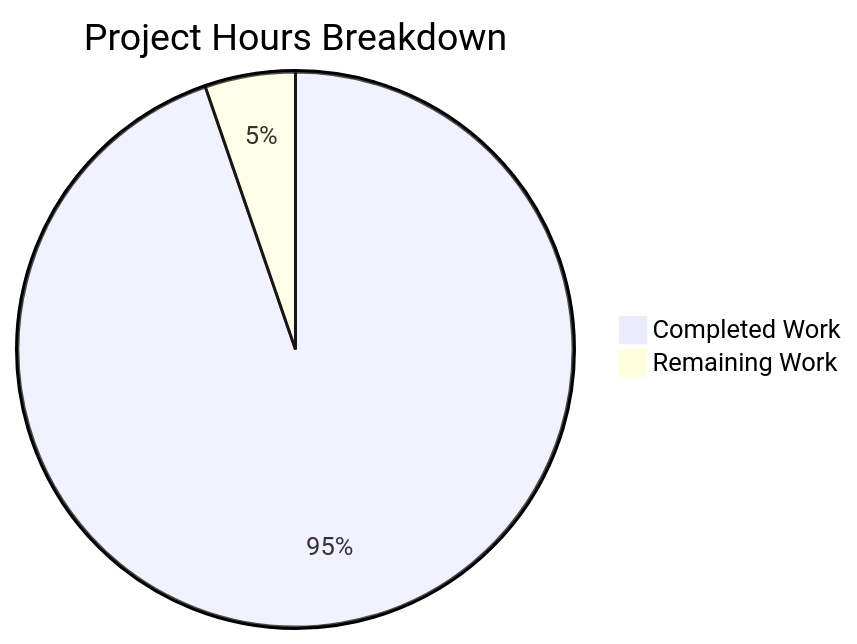
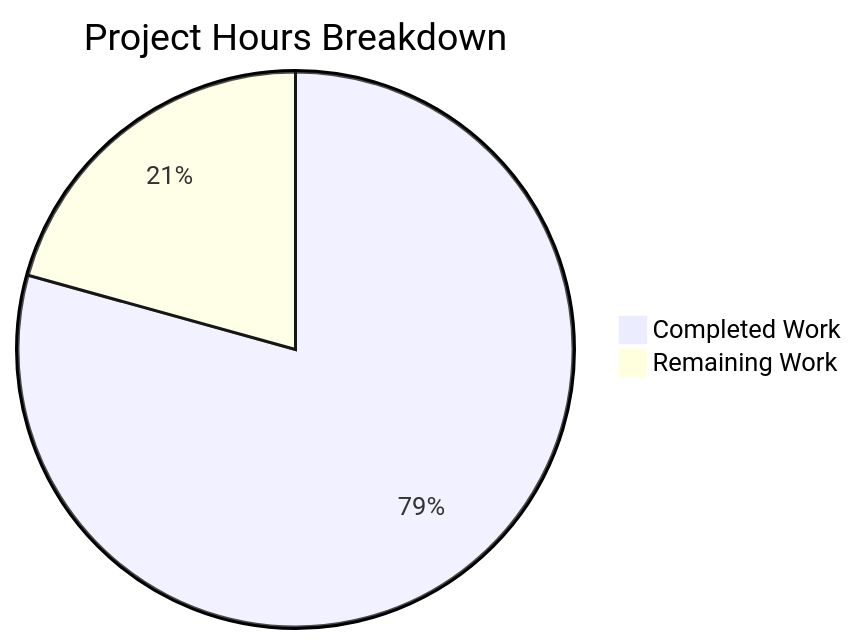
The diagram in blitzy/documentation/Project Guide.md (Sandeep01Kumar/29-dec-existing-projects-qa-test-2), drawn with Mermaid before and after one commit. The commit also changed other lines of this file, not shown here.

Commit message:
Adding Blitzy Project Guide: Project Status and Human Tasks Remaining

````diff
--- a/blitzy/documentation/Project Guide.md
+++ b/blitzy/documentation/Project Guide.md
@@ -29,5 +82,5 @@
 ```mermaid
 pie title Project Hours Breakdown
-    "Completed Work" : 9
-    "Remaining Work" : 0.5
+    "Completed Work" : 23
+    "Remaining Work" : 6
 ```
````
